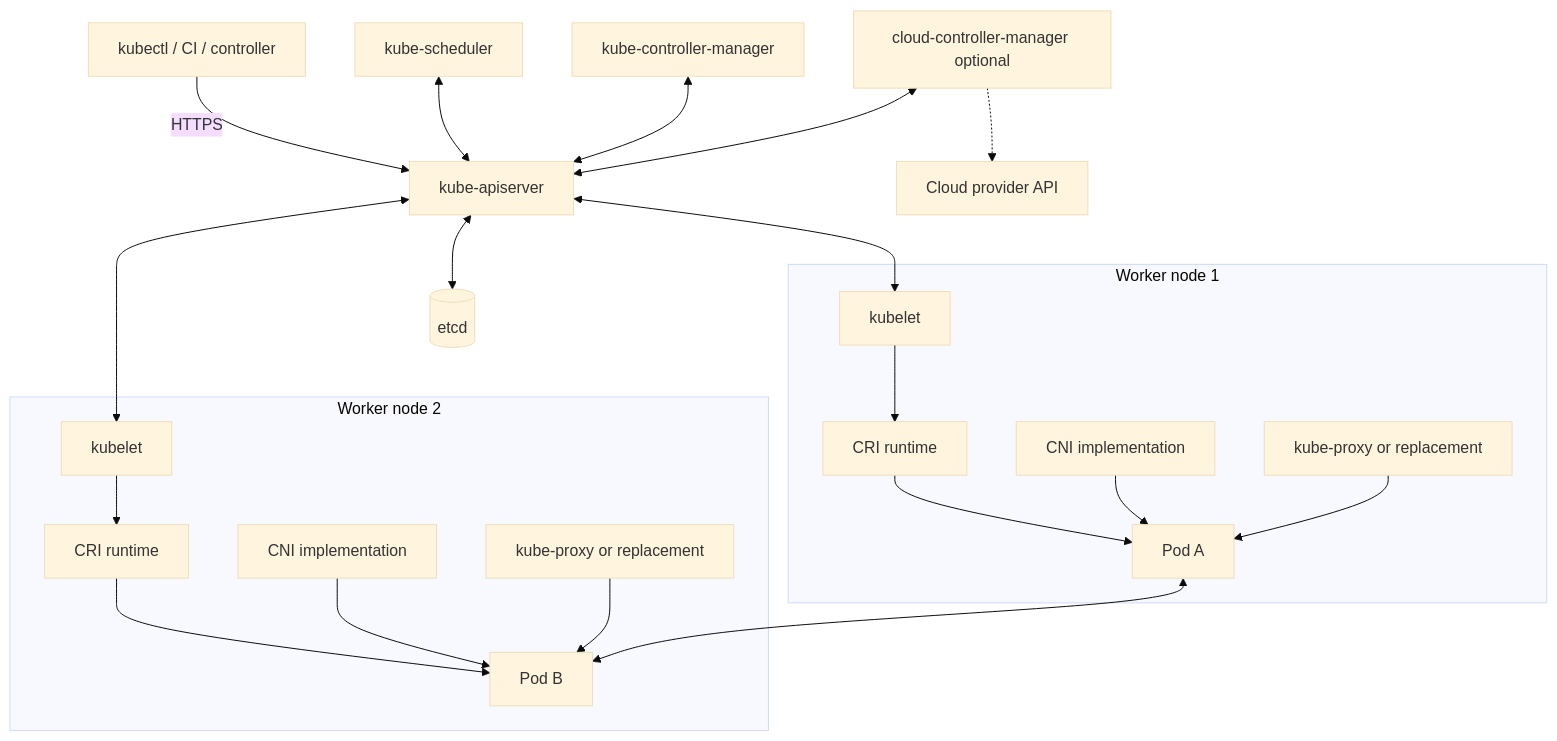
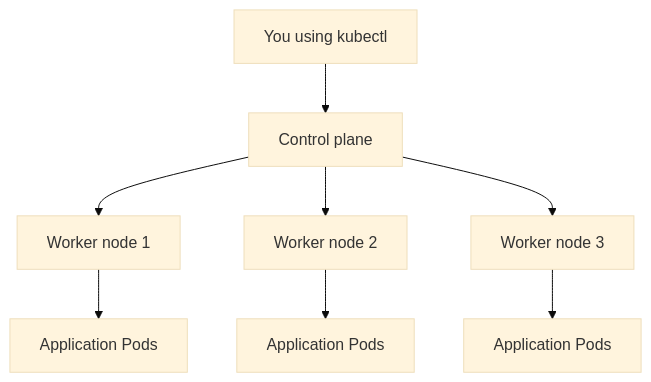
One commit to asadjan4611/K8s-Tutorial changed the third of 36 diagrams in Day-01-README.md. Above: the diagram before and after it, drawn with Mermaid (base theme). The commit also changed other lines of this file, not shown here.

````diff
--- a/Day-01-README.md
+++ b/Day-01-README.md
@@ -116,27 +312,10 @@
 ```mermaid
 flowchart TB
-    CLIENT[kubectl / CI / controller] -->|HTTPS| API[kube-apiserver]
-    API <--> ETCD[(etcd)]
-    SCHED[kube-scheduler] <--> API
-    CM[kube-controller-manager] <--> API
-    CCM[cloud-controller-manager optional] <--> API
-
-    subgraph W1[Worker node 1]
-      K1[kubelet] --> R1[CRI runtime]
-      R1 --> P1[Pod A]
-      C1[CNI implementation] --> P1
-      X1[kube-proxy or replacement] --> P1
-    end
-
-    subgraph W2[Worker node 2]
-      K2[kubelet] --> R2[CRI runtime]
-      R2 --> P2[Pod B]
-      C2[CNI implementation] --> P2
-      X2[kube-proxy or replacement] --> P2
-    end
-
-    API <--> K1
-    API <--> K2
-    P1 <--> P2
-    CCM -.-> CLOUD[Cloud provider API]
+    USER[You using kubectl] --> CP[Control plane]
+    CP --> N1[Worker node 1]
+    CP --> N2[Worker node 2]
+    CP --> N3[Worker node 3]
+    N1 --> P1[Application Pods]
+    N2 --> P2[Application Pods]
+    N3 --> P3[Application Pods]
 ```
````
